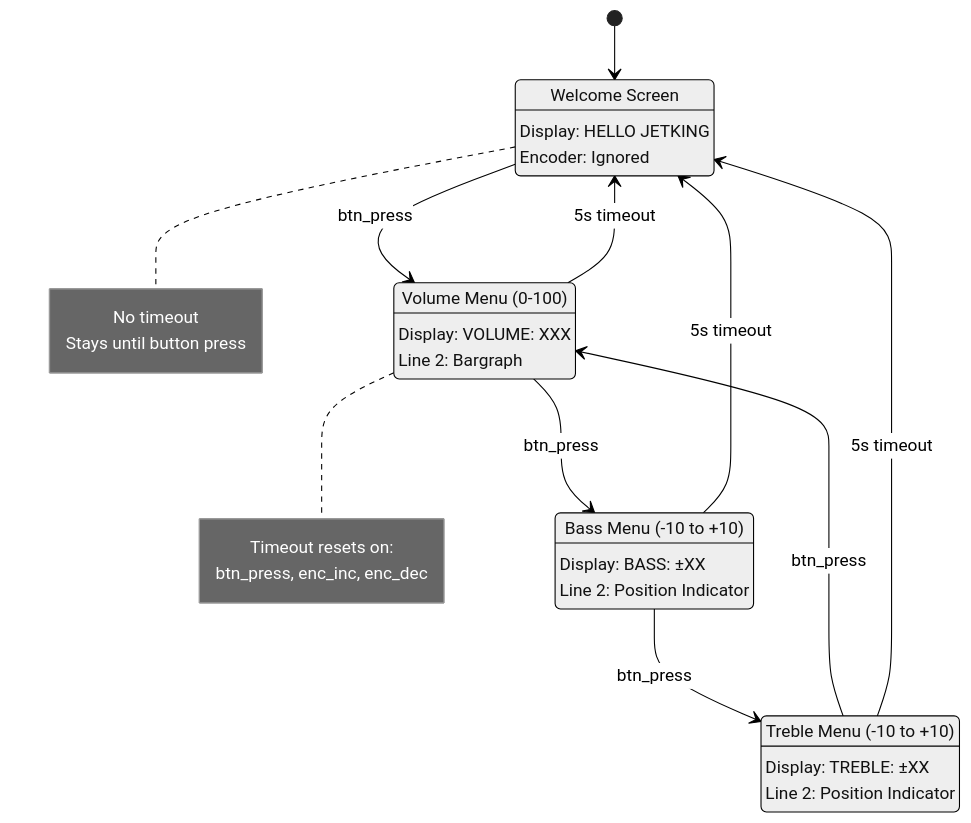
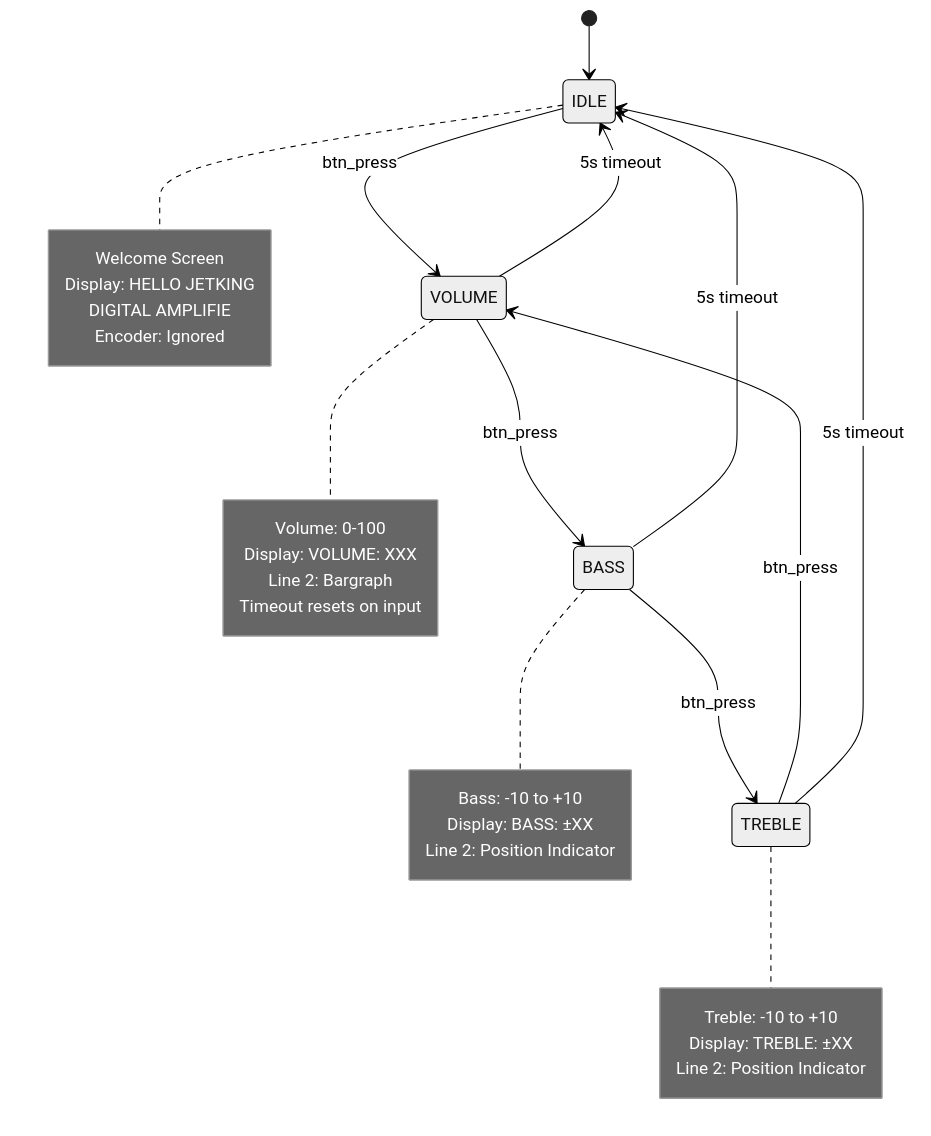
The diagram in README.md (lobi/zuboard-verilog-i2c-lcd), drawn with Mermaid (neutral theme) before and after one commit. The commit also changed other lines of this file, not shown here.

Commit message:
add sourceadd source

````diff
--- a/README.md
+++ b/README.md
@@ -146,39 +146,39 @@
 ```mermaid
 stateDiagram-v2
     [*] --> IDLE
     
     IDLE --> VOLUME : btn_press
     VOLUME --> BASS : btn_press
     BASS --> TREBLE : btn_press
     TREBLE --> VOLUME : btn_press
     
     VOLUME --> IDLE : 5s timeout
     BASS --> IDLE : 5s timeout
     TREBLE --> IDLE : 5s timeout
     
-    IDLE: Welcome Screen
-    IDLE: Display: HELLO JETKING
-    IDLE: Encoder: Ignored
-    
-    VOLUME: Volume Menu (0-100)
-    VOLUME: Display: VOLUME: XXX
-    VOLUME: Line 2: Bargraph
-    
-    BASS: Bass Menu (-10 to +10)
-    BASS: Display: BASS: ±XX
-    BASS: Line 2: Position Indicator
-    
-    TREBLE: Treble Menu (-10 to +10)
-    TREBLE: Display: TREBLE: ±XX
-    TREBLE: Line 2: Position Indicator
-    
     note right of IDLE
-        No timeout
-        Stays until button press
+        Welcome Screen
+        Display: HELLO JETKING
+        DIGITAL AMPLIFIE
+        Encoder: Ignored
     end note
     
     note right of VOLUME
-        Timeout resets on:
-        btn_press, enc_inc, enc_dec
+        Volume: 0-100
+        Display: VOLUME: XXX
+        Line 2: Bargraph
+        Timeout resets on input
+    end note
+    
+    note right of BASS
+        Bass: -10 to +10
+        Display: BASS: ±XX
+        Line 2: Position Indicator
+    end note
+    
+    note right of TREBLE
+        Treble: -10 to +10
+        Display: TREBLE: ±XX
+        Line 2: Position Indicator
     end note
 ```
````
